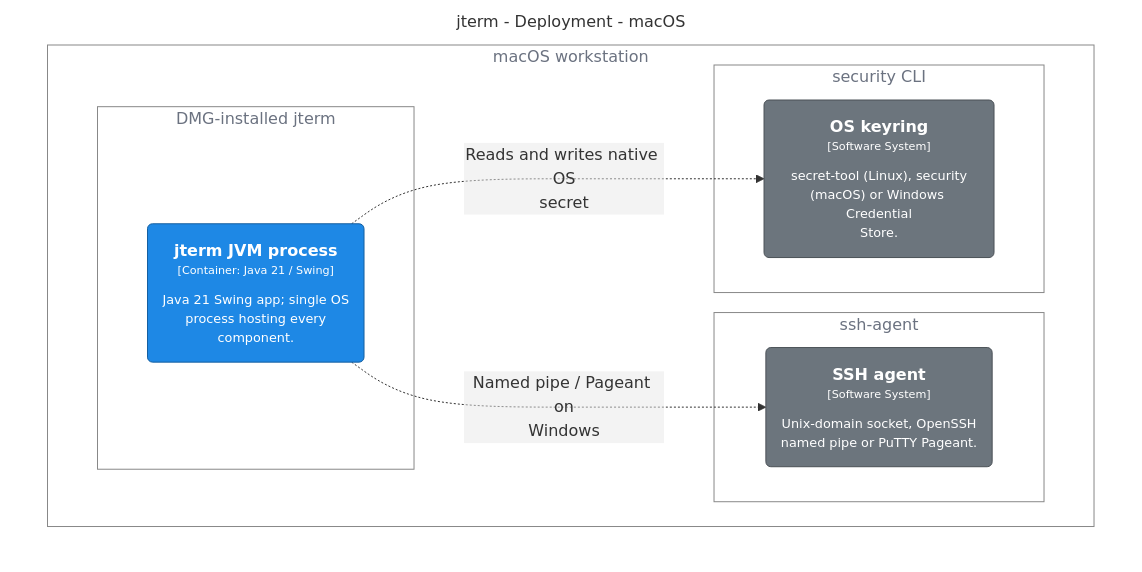
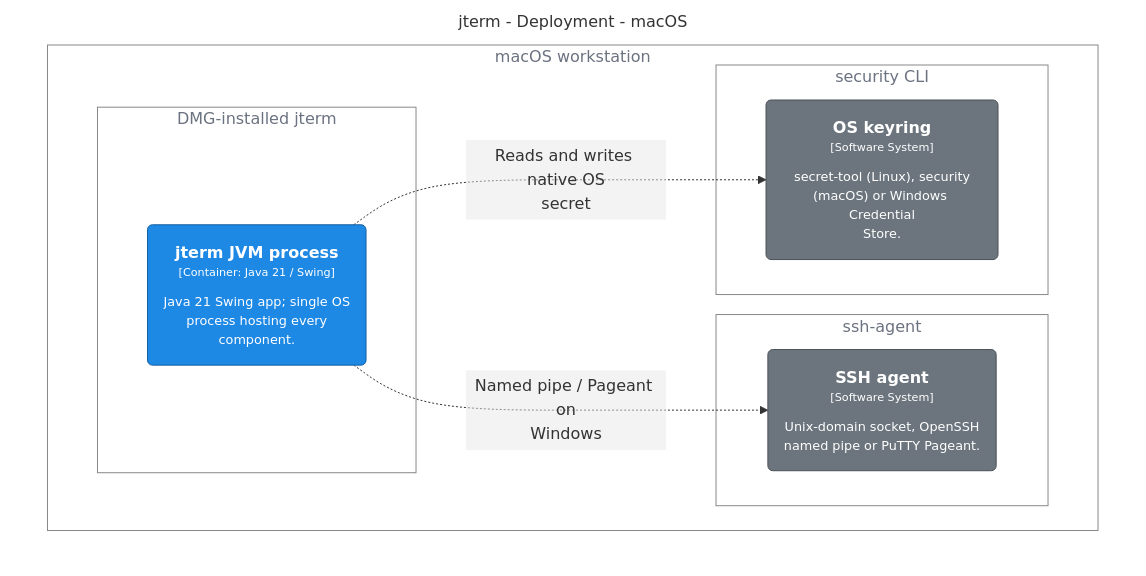
Before and after one commit to drecaise/jterm: the diagram in docs/architecture/model/generated/deployment-macos.mmd, drawn with Mermaid. The commit also changed 13 other files, not shown here.

Commit message:
Fixes to Architecture diagrams

```diff
--- a/docs/architecture/model/generated/deployment-macos.mmd
+++ b/docs/architecture/model/generated/deployment-macos.mmd
@@ -1,35 +1,40 @@
+---
+config:
+  flowchart:
+    padding: 16
+---
 %%{init: {'theme':'base','themeVariables':{'edgeLabelBackground':'transparent','lineColor':'#8b95a1','fontFamily':'-apple-system,BlinkMacSystemFont,"Segoe UI",Roboto,Helvetica,Arial,sans-serif','fontSize':'14px'},'flowchart':{'curve':'basis','useMaxWidth':true}}}%%
 graph TB
 
   subgraph diagram ["jterm - Deployment - macOS"]
     style diagram fill:transparent,stroke:transparent
 
-    subgraph 119 [macOS workstation]
-      style 119 fill:transparent,stroke:#888888,color:#6b7280
+    subgraph 114 [macOS workstation]
+      style 114 fill:transparent,stroke:#888888,color:#6b7280
 
-      subgraph 120 [DMG-installed jterm]
+      subgraph 115 [DMG-installed jterm]
+        style 115 fill:transparent,stroke:#888888,color:#6b7280
+
+        116("<div style='font-weight: bold'>jterm JVM process</div><div style='font-size: 70%; margin-top: 0px'>[Container: Java 21 / Swing]</div><div style='font-size: 80%; margin-top:10px'>Java 21 Swing app; single OS<br />process hosting every<br />component.</div>")
+        style 116 fill:#1e88e5,stroke:#155fa0,color:#ffffff
+      end
+
+      subgraph 117 [security CLI]
+        style 117 fill:transparent,stroke:#888888,color:#6b7280
+
+        118("<div style='font-weight: bold'>OS keyring</div><div style='font-size: 70%; margin-top: 0px'>[Software System]</div><div style='font-size: 80%; margin-top:10px'>secret-tool (Linux), security<br />(macOS) or Windows Credential<br />Store.</div>")
+        style 118 fill:#6c757d,stroke:#4b5157,color:#ffffff
+      end
+
+      subgraph 120 [ssh-agent]
         style 120 fill:transparent,stroke:#888888,color:#6b7280
 
-        121("<div style='font-weight: bold'>jterm JVM process</div><div style='font-size: 70%; margin-top: 0px'>[Container: Java 21 / Swing]</div><div style='font-size: 80%; margin-top:10px'>Java 21 Swing app; single OS<br />process hosting every<br />component.</div>")
-        style 121 fill:#1e88e5,stroke:#155fa0,color:#ffffff
-      end
-
-      subgraph 122 [security CLI]
-        style 122 fill:transparent,stroke:#888888,color:#6b7280
-
-        123("<div style='font-weight: bold'>OS keyring</div><div style='font-size: 70%; margin-top: 0px'>[Software System]</div><div style='font-size: 80%; margin-top:10px'>secret-tool (Linux), security<br />(macOS) or Windows Credential<br />Store.</div>")
-        style 123 fill:#6c757d,stroke:#4b5157,color:#ffffff
-      end
-
-      subgraph 125 [ssh-agent]
-        style 125 fill:transparent,stroke:#888888,color:#6b7280
-
-        126("<div style='font-weight: bold'>SSH agent</div><div style='font-size: 70%; margin-top: 0px'>[Software System]</div><div style='font-size: 80%; margin-top:10px'>Unix-domain socket, OpenSSH<br />named pipe or PuTTY Pageant.</div>")
-        style 126 fill:#6c757d,stroke:#4b5157,color:#ffffff
+        121("<div style='font-weight: bold'>SSH agent</div><div style='font-size: 70%; margin-top: 0px'>[Software System]</div><div style='font-size: 80%; margin-top:10px'>Unix-domain socket, OpenSSH<br />named pipe or PuTTY Pageant.</div>")
+        style 121 fill:#6c757d,stroke:#4b5157,color:#ffffff
       end
 
     end
 
-    121-. "<div>Reads and writes native OS<br />secret</div><div style='font-size: 70%'></div>" .->123
-    121-. "<div>Named pipe / Pageant on<br />Windows</div><div style='font-size: 70%'></div>" .->126
+    116-. "<div style='padding:4px 8px'><div>Reads and writes native OS<br />secret</div><div style='font-size: 70%'></div></div>" .->118
+    116-. "<div style='padding:4px 8px'><div>Named pipe / Pageant on<br />Windows</div><div style='font-size: 70%'></div></div>" .->121
   end
```
